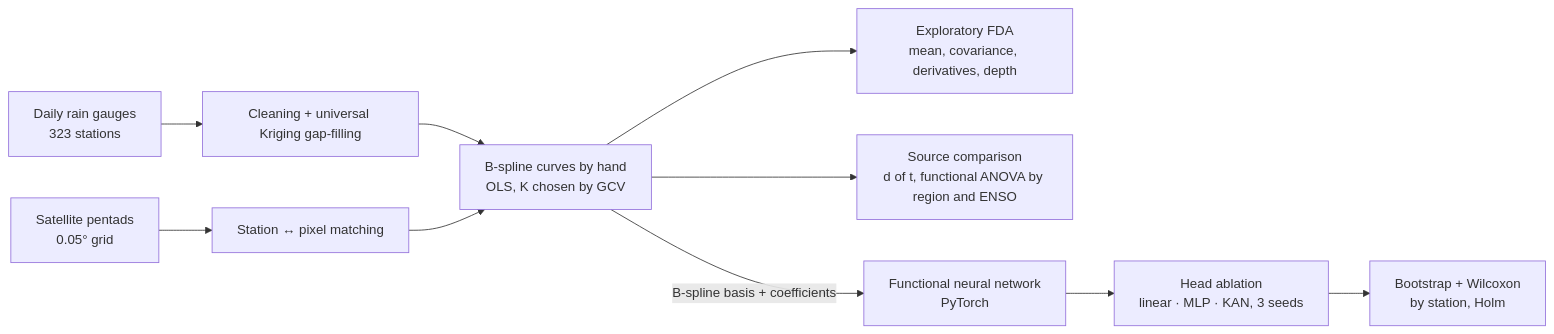
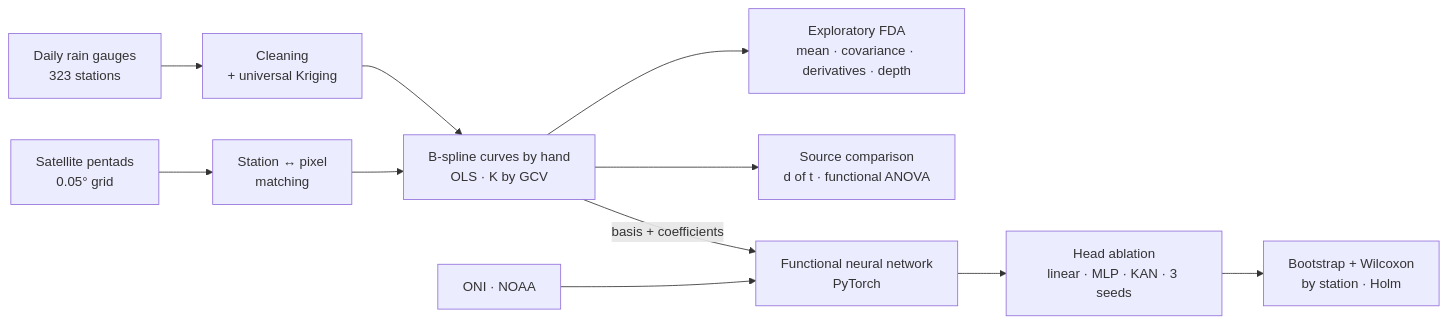
Before and after one commit to ShadowBlack33/Functional-Rainfall-Bias-Correction: the first of 2 diagrams in README.md, drawn with Mermaid. The commit also changed other lines of this file, not shown here.

````diff
--- a/README.md
+++ b/README.md
@@ -42,12 +79,13 @@
 ```mermaid
 flowchart LR
-    A[Daily rain gauges<br/>323 stations] --> C[Cleaning + universal Kriging gap-filling]
-    B[Satellite pentads<br/>0.05° grid] --> D[Station ↔ pixel matching]
-    C --> E[B-spline curves by hand<br/>OLS, K chosen by GCV]
-    D --> E
-    E --> F[Exploratory FDA<br/>mean, covariance, derivatives, depth]
-    E --> G[Source comparison<br/>d of t, functional ANOVA by region and ENSO]
-    E -->|B-spline basis + coefficients| H[Functional neural network<br/>PyTorch]
-    H --> I[Head ablation<br/>linear · MLP · KAN, 3 seeds]
-    I --> J[Bootstrap + Wilcoxon<br/>by station, Holm]
+  G[Daily rain gauges<br/>323 stations] --> CL[Cleaning<br/>+ universal Kriging]
+  S[Satellite pentads<br/>0.05° grid] --> M[Station ↔ pixel<br/>matching]
+  CL --> B[B-spline curves by hand<br/>OLS · K by GCV]
+  M --> B
+  B --> E[Exploratory FDA<br/>mean · covariance · derivatives · depth]
+  B --> C[Source comparison<br/>d of t · functional ANOVA]
+  B -->|basis + coefficients| N[Functional neural network<br/>PyTorch]
+  O[ONI · NOAA] --> N
+  N --> A[Head ablation<br/>linear · MLP · KAN · 3 seeds]
+  A --> W[Bootstrap + Wilcoxon<br/>by station · Holm]
 ```
````
